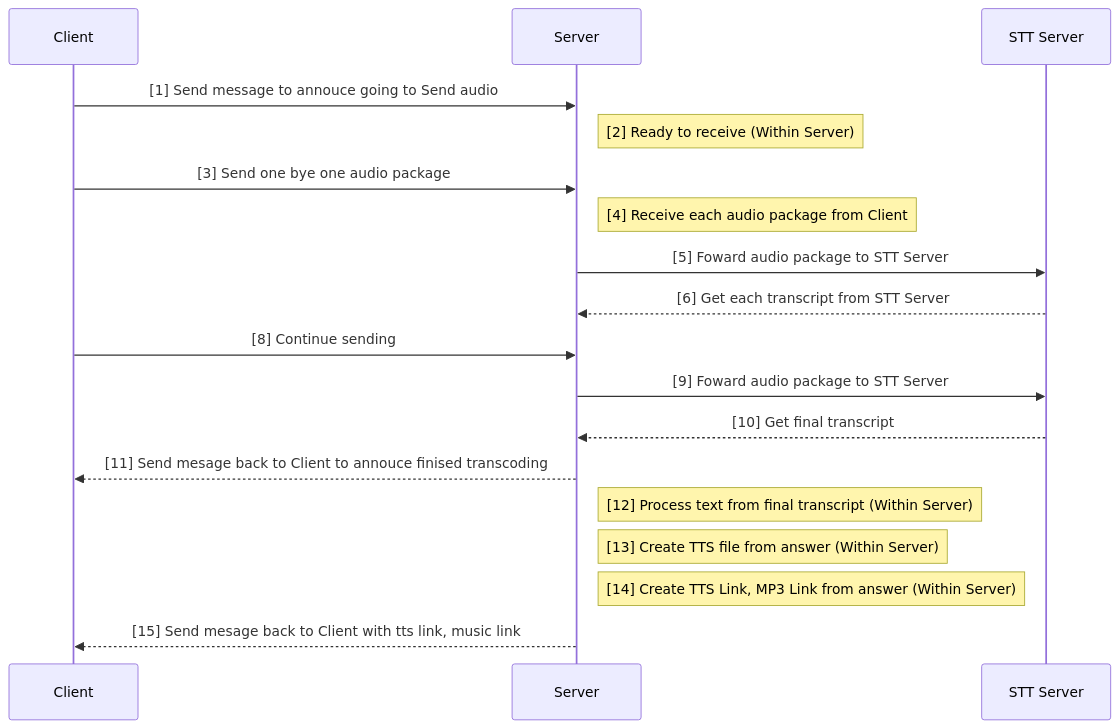
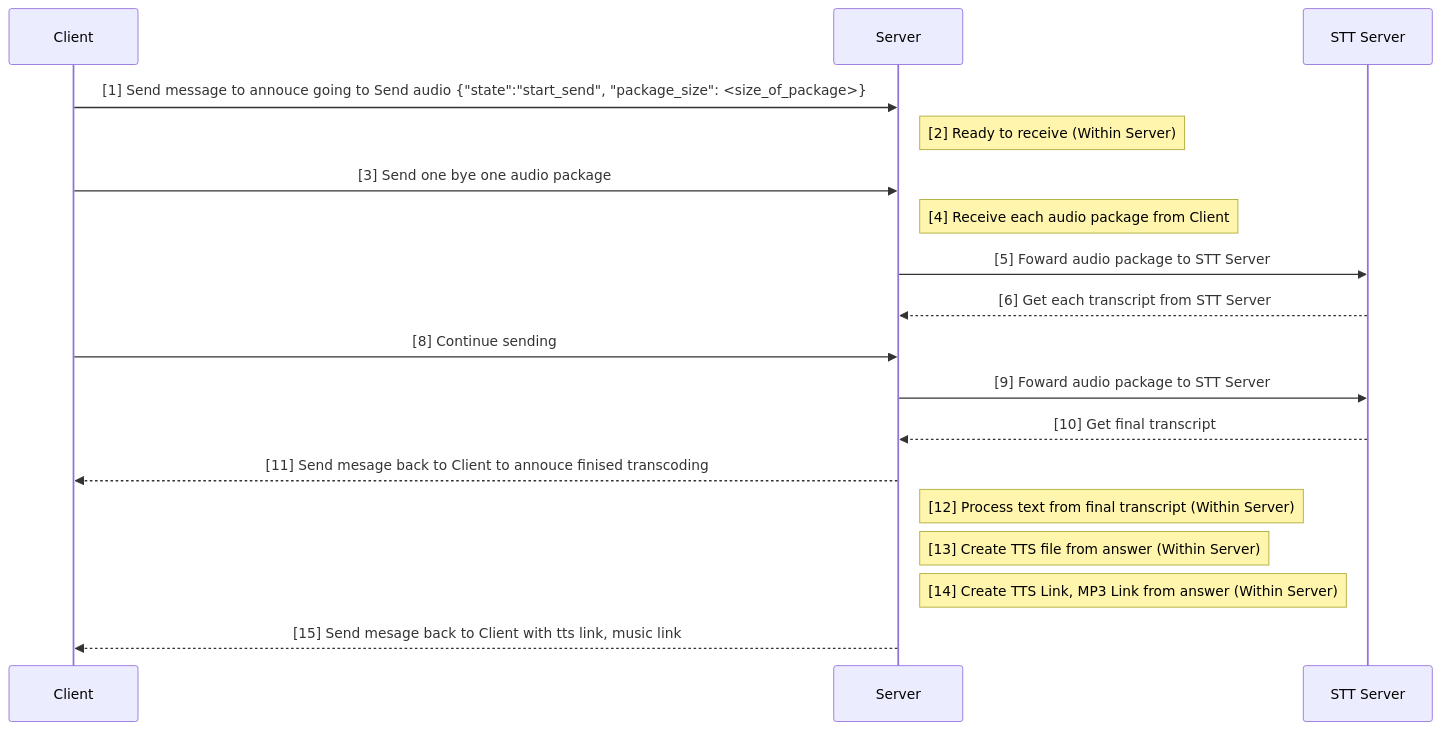
Before and after one commit to phanmemkhoinghiep/vietbot_server: the diagram in README.md, drawn with Mermaid.

````diff
--- a/README.md
+++ b/README.md
@@ -3,24 +3,24 @@
 ```mermaid
 sequenceDiagram
     participant Client
     participant Server
     participant STTServer as STT Server
-    Client->>Server: [1] Send message to annouce going to Send audio
+    Client->>Server: [1] Send message to annouce going to Send audio {"state":"start_send", "package_size": <size_of_package>}
     Note right of Server: [2] Ready to receive (Within Server)
     Client->>Server: [3] Send one bye one audio package
     Note right of Server: [4] Receive each audio package from Client
     Server->>STTServer: [5] Foward audio package to STT Server
 
     STTServer-->>Server: [6] Get each transcript from STT Server
 
     Client->>Server: [8] Continue sending
     Server->>STTServer: [9] Foward audio package to STT Server
 
     STTServer-->>Server: [10] Get final transcript
     Server-->>Client: [11] Send mesage back to Client to annouce finised transcoding
     Note right of Server: [12] Process text from final transcript (Within Server)
     Note right of Server: [13] Create TTS file from answer (Within Server)
     Note right of Server: [14] Create TTS Link, MP3 Link from answer (Within Server)
 
     Server-->>Client: [15] Send mesage back to Client with tts link, music link
 ```
````
